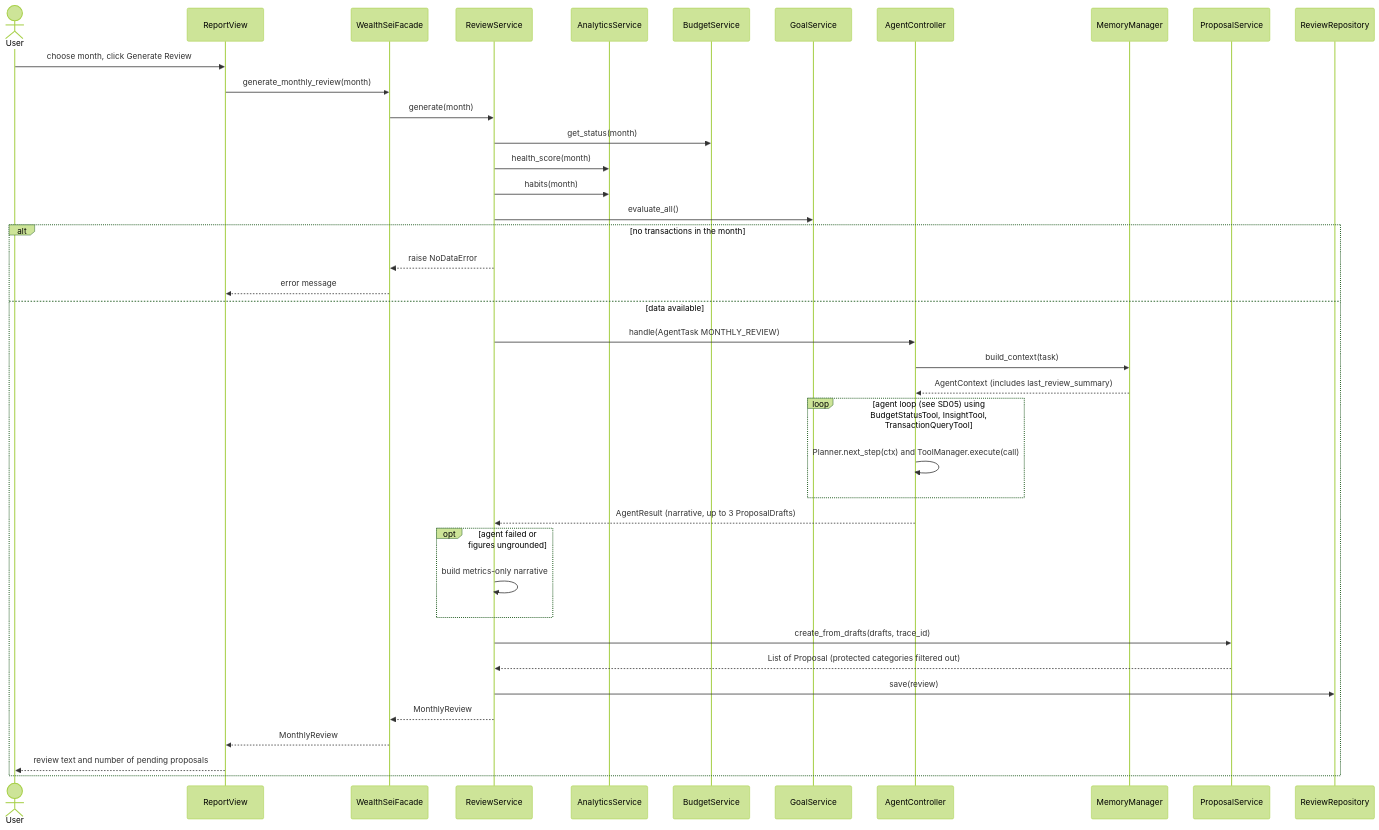
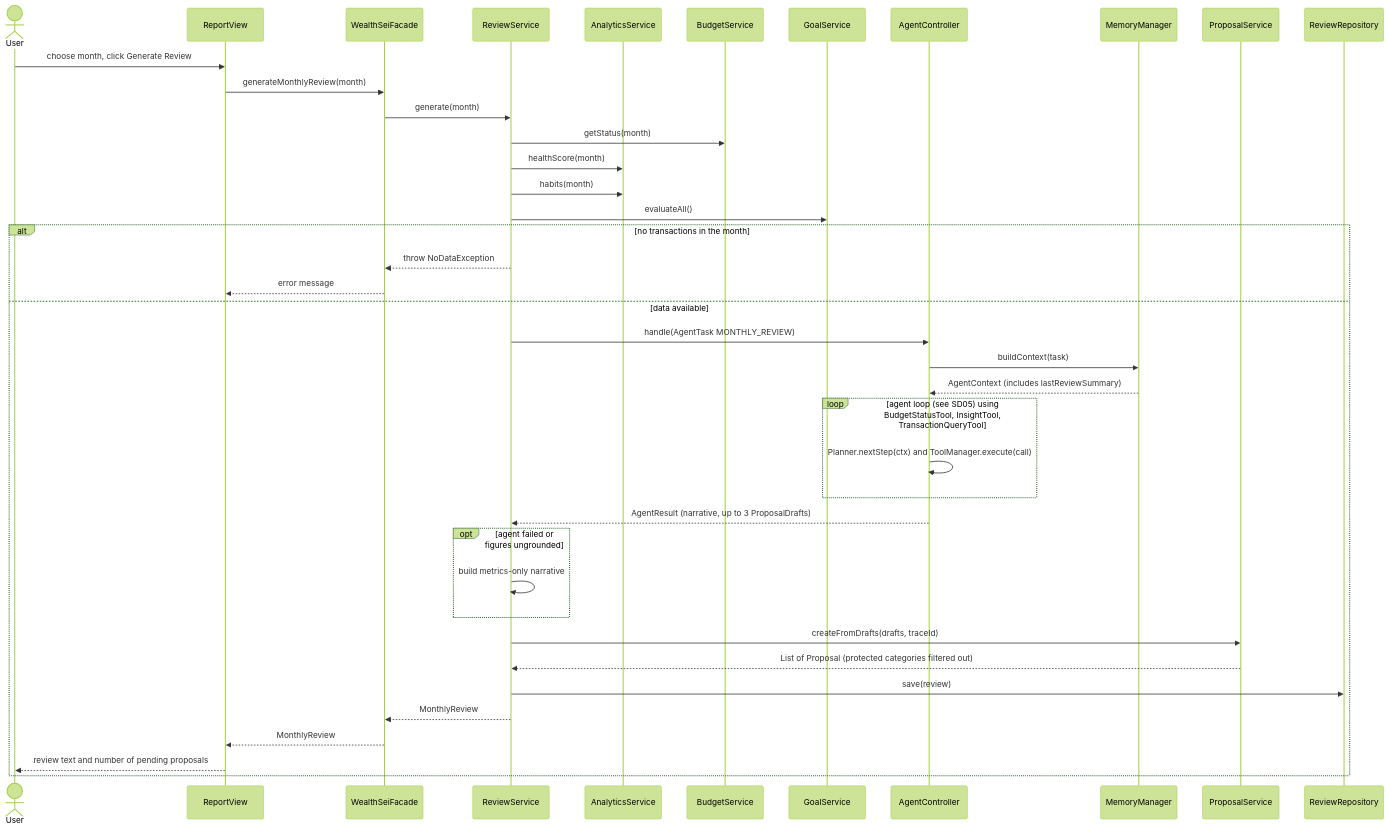
Diagram 17 of 20 in docs/WealthSei_Stage1_Report.md (Rishit-Shah/EECS-3311-Project---WealthSei), drawn with Mermaid (forest theme) before and after one commit. The commit also changed other lines of this file, not shown here.

````diff
--- a/docs/WealthSei_Stage1_Report.md
+++ b/docs/WealthSei_Stage1_Report.md
@@ -2137,43 +2154,43 @@
 ```mermaid
 sequenceDiagram
     actor User
     participant RV as ReportView
     participant F as WealthSeiFacade
     participant RS as ReviewService
     participant AS as AnalyticsService
     participant BS as BudgetService
     participant GS as GoalService
     participant AC as AgentController
     participant MM as MemoryManager
     participant PS as ProposalService
     participant RR as ReviewRepository
 
     User->>RV: choose month, click Generate Review
-    RV->>F: generate_monthly_review(month)
+    RV->>F: generateMonthlyReview(month)
     F->>RS: generate(month)
-    RS->>BS: get_status(month)
-    RS->>AS: health_score(month)
+    RS->>BS: getStatus(month)
+    RS->>AS: healthScore(month)
     RS->>AS: habits(month)
-    RS->>GS: evaluate_all()
+    RS->>GS: evaluateAll()
     alt no transactions in the month
-        RS-->>F: raise NoDataError
+        RS-->>F: throw NoDataException
         F-->>RV: error message
     else data available
         RS->>AC: handle(AgentTask MONTHLY_REVIEW)
-        AC->>MM: build_context(task)
-        MM-->>AC: AgentContext (includes last_review_summary)
+        AC->>MM: buildContext(task)
+        MM-->>AC: AgentContext (includes lastReviewSummary)
         loop agent loop (see SD05) using BudgetStatusTool, InsightTool, TransactionQueryTool
-            AC->>AC: Planner.next_step(ctx) and ToolManager.execute(call)
+            AC->>AC: Planner.nextStep(ctx) and ToolManager.execute(call)
         end
         AC-->>RS: AgentResult (narrative, up to 3 ProposalDrafts)
         opt agent failed or figures ungrounded
             RS->>RS: build metrics-only narrative
         end
-        RS->>PS: create_from_drafts(drafts, trace_id)
+        RS->>PS: createFromDrafts(drafts, traceId)
         PS-->>RS: List of Proposal (protected categories filtered out)
         RS->>RR: save(review)
         RS-->>F: MonthlyReview
         F-->>RV: MonthlyReview
         RV-->>User: review text and number of pending proposals
     end
 ```
````
